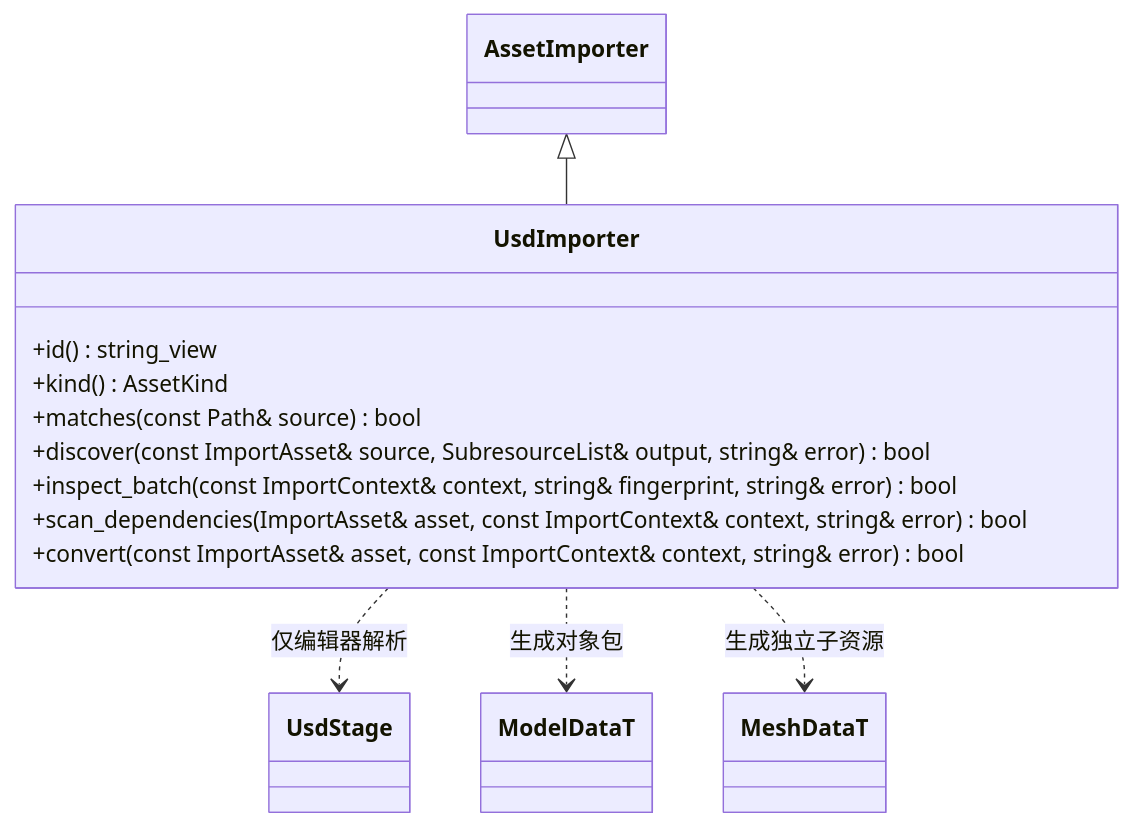
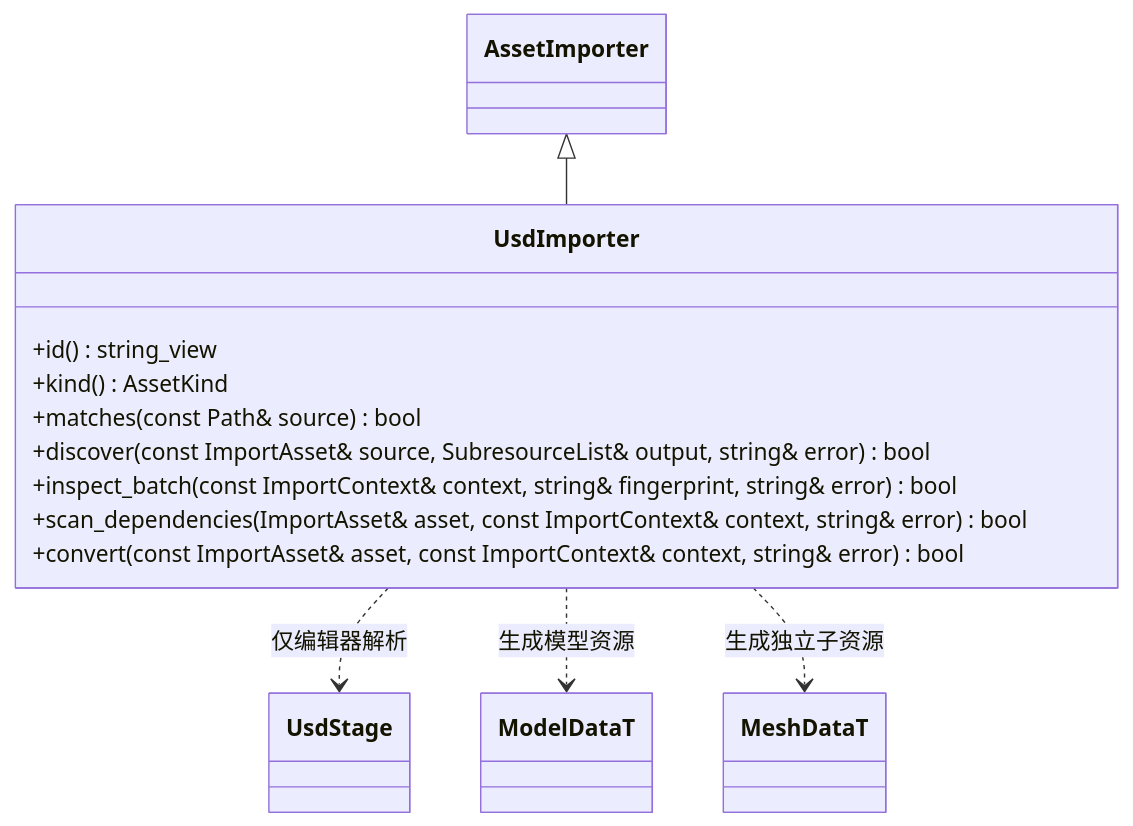
One commit to lcals/Engine changed the diagram in docs/plugins/editor/class-diagrams/usd-import.md. Above: the diagram before and after it, drawn with Mermaid. The commit also changed other lines of this file and 2455 other files, not shown here.

````diff
--- a/docs/plugins/editor/class-diagrams/usd-import.md
+++ b/docs/plugins/editor/class-diagrams/usd-import.md
@@ -3,20 +3,20 @@
 ```mermaid
 classDiagram
     class AssetImporter
     class UsdImporter {
         +id() string_view
         +kind() AssetKind
         +matches(const Path& source) bool
         +discover(const ImportAsset& source, SubresourceList& output, string& error) bool
         +inspect_batch(const ImportContext& context, string& fingerprint, string& error) bool
         +scan_dependencies(ImportAsset& asset, const ImportContext& context, string& error) bool
         +convert(const ImportAsset& asset, const ImportContext& context, string& error) bool
     }
     AssetImporter <|-- UsdImporter
     class ModelDataT
     class MeshDataT
     class UsdStage
     UsdImporter ..> UsdStage : 仅编辑器解析
-    UsdImporter ..> ModelDataT : 生成对象包
+    UsdImporter ..> ModelDataT : 生成模型资源
     UsdImporter ..> MeshDataT : 生成独立子资源
 ```
````
